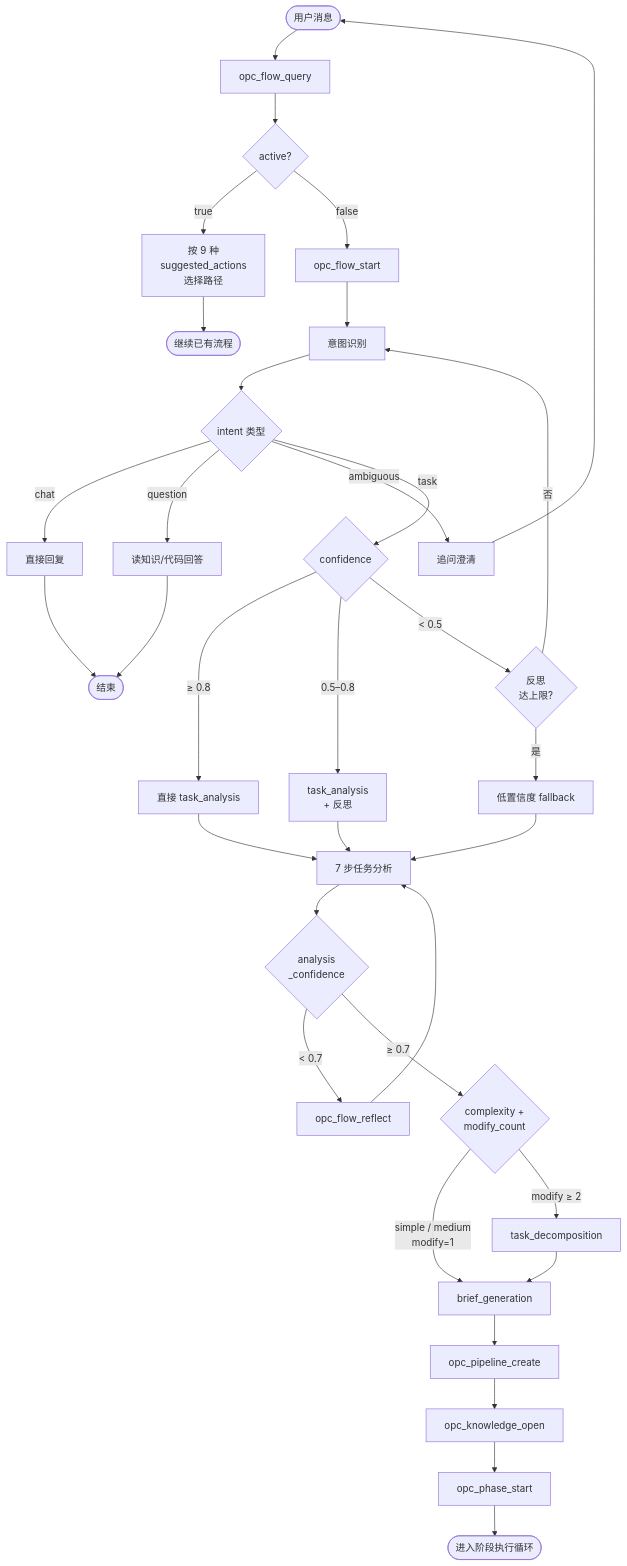
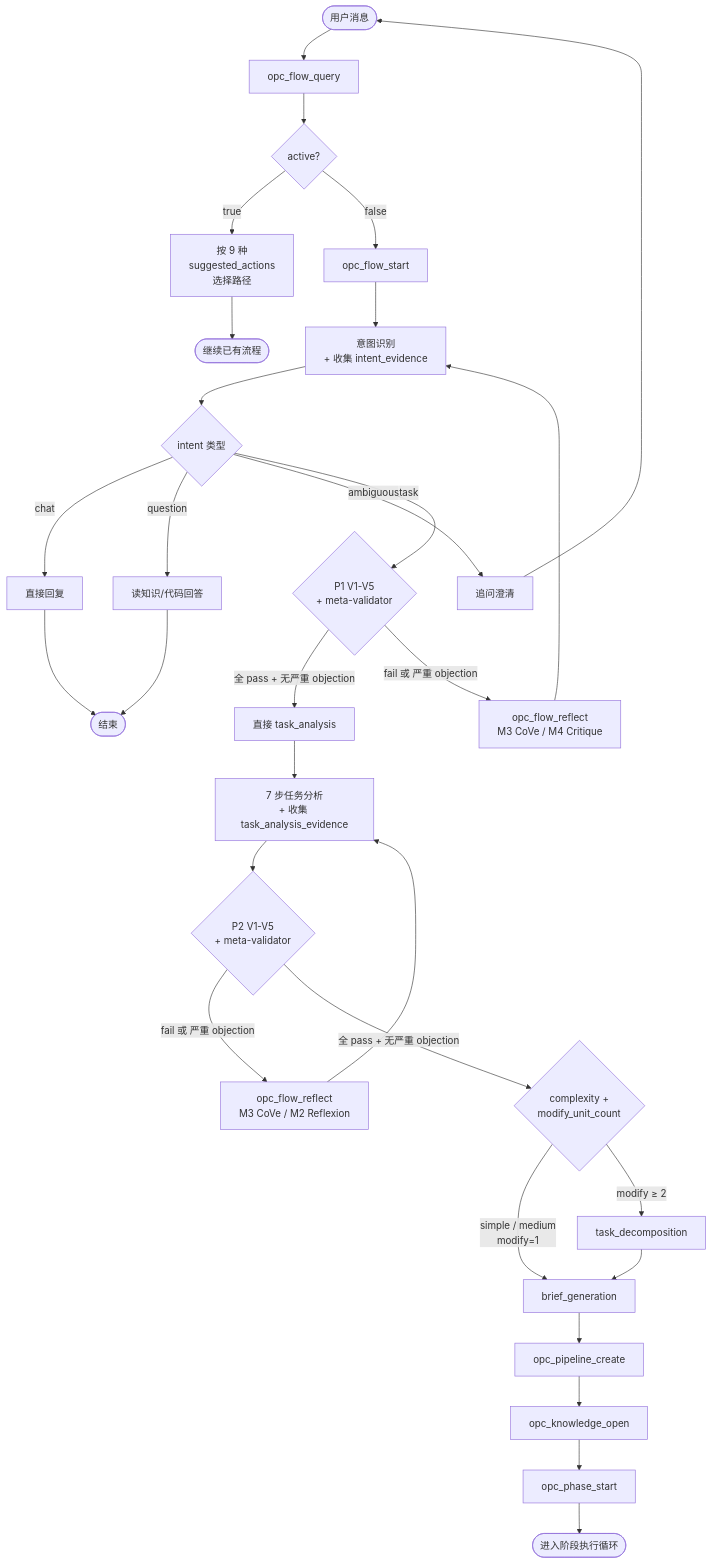
Before and after one commit to CaffeineOddity/opc-marketplace: the second of 2 diagrams in doc/feature/02-opc-state-server/01-intent-analysis/00_overview.md, drawn with Mermaid. The commit also changed other lines of this file and 38 other files, not shown here.

First line of the commit message:
docs: replace confidence-score model with evidence + V1-V5 validator across stack

````diff
--- a/doc/feature/02-opc-state-server/01-intent-analysis/00_overview.md
+++ b/doc/feature/02-opc-state-server/01-intent-analysis/00_overview.md
@@ -74,45 +74,41 @@
 ```mermaid
 flowchart TD
     Start([用户消息]) --> Query[opc_flow_query]
     Query --> Active{active?}
 
     Active -->|true| Resume[按 9 种<br/>suggested_actions<br/>选择路径]
     Resume --> EndR([继续已有流程])
 
     Active -->|false| FlowStart[opc_flow_start]
-    FlowStart --> Intent[意图识别]
+    FlowStart --> Intent[意图识别<br/>+ 收集 intent_evidence]
     Intent --> IType{intent 类型}
 
     IType -->|chat| Chat[直接回复]
     IType -->|question| Ans[读知识/代码回答]
     IType -->|ambiguous| Clarify[追问澄清]
-    IType -->|task| Conf{confidence}
+    IType -->|task| P1{P1 V1-V5<br/>+ meta-validator}
 
-    Conf -->|≥ 0.8| HC[直接 task_analysis]
-    Conf -->|0.5–0.8| MC[task_analysis<br/>+ 反思]
-    Conf -->|< 0.5| LC{反思<br/>达上限?}
-    LC -->|否| Intent
-    LC -->|是| LowFallback[低置信度 fallback]
+    P1 -->|全 pass + 无严重 objection| HC[直接 task_analysis]
+    P1 -->|fail 或 严重 objection| Reflect1[opc_flow_reflect<br/>M3 CoVe / M4 Critique]
+    Reflect1 --> Intent
 
-    HC --> Analysis[7 步任务分析]
-    MC --> Analysis
-    LowFallback --> Analysis
+    HC --> Analysis[7 步任务分析<br/>+ 收集 task_analysis_evidence]
 
-    Analysis --> AConf{analysis<br/>_confidence}
-    AConf -->|< 0.7| Reflect[opc_flow_reflect]
-    Reflect --> Analysis
-    AConf -->|≥ 0.7| Route{complexity +<br/>modify_count}
+    Analysis --> P2{P2 V1-V5<br/>+ meta-validator}
+    P2 -->|fail 或 严重 objection| Reflect2[opc_flow_reflect<br/>M3 CoVe / M2 Reflexion]
+    Reflect2 --> Analysis
+    P2 -->|全 pass + 无严重 objection| Route{complexity +<br/>modify_unit_count}
 
     Route -->|simple / medium<br/>modify=1| Brief[brief_generation]
     Route -->|modify ≥ 2| Decomp[task_decomposition]
     Decomp --> Brief
 
     Brief --> Create[opc_pipeline_create]
     Create --> Know[opc_knowledge_open]
     Know --> Phase[opc_phase_start]
     Phase --> EndP([进入阶段执行循环])
 
     Chat --> EndC([结束])
     Ans --> EndC
     Clarify --> Start
 ```
````
